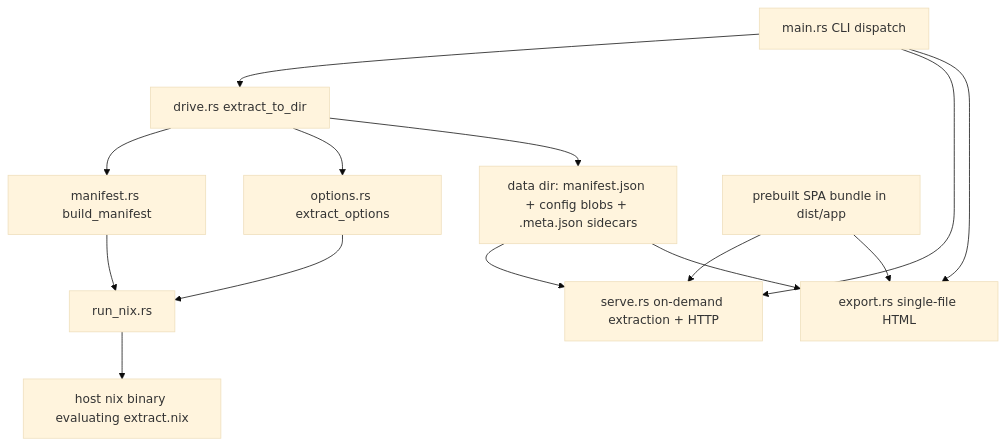
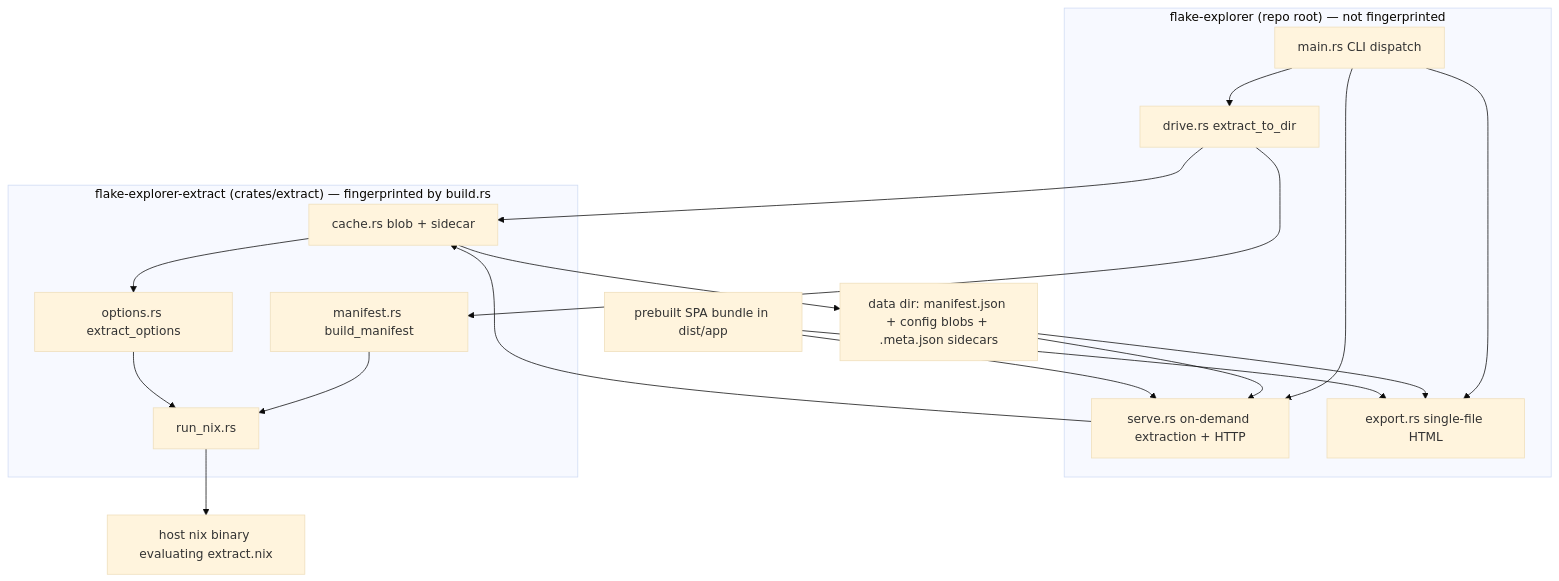
The diagram in docs/architecture.md (kriswill/flake-explorer), drawn with Mermaid (base theme) before and after one commit. The commit also changed other lines of this file and 7 other files, not shown here.

````diff
--- a/docs/architecture.md
+++ b/docs/architecture.md
@@ -25,16 +53,30 @@
 ```mermaid
 flowchart TD
-  cli["main.rs CLI dispatch"] --> drive["drive.rs extract_to_dir"]
-  drive --> manifest["manifest.rs build_manifest"]
-  drive --> options["options.rs extract_options"]
-  manifest --> runnix["run_nix.rs"]
+  subgraph root["flake-explorer (repo root) — not fingerprinted"]
+    cli["main.rs CLI dispatch"]
+    drive["drive.rs extract_to_dir"]
+    serve["serve.rs on-demand extraction + HTTP"]
+    export["export.rs single-file HTML"]
+  end
+  subgraph ext["flake-explorer-extract (crates/extract) — fingerprinted by build.rs"]
+    manifest["manifest.rs build_manifest"]
+    options["options.rs extract_options"]
+    cache["cache.rs blob + sidecar"]
+    runnix["run_nix.rs"]
+  end
+  cli --> drive
+  cli --> serve
+  cli --> export
+  drive --> manifest
+  drive --> cache
+  cache --> options
+  manifest --> runnix
   options --> runnix
   runnix --> nix["host nix binary evaluating extract.nix"]
-  drive --> data["data dir: manifest.json + config blobs + .meta.json sidecars"]
-  cli --> serve["serve.rs on-demand extraction + HTTP"]
-  cli --> export["export.rs single-file HTML"]
+  cache --> data["data dir: manifest.json + config blobs + .meta.json sidecars"]
   data --> serve
   data --> export
+  serve --> cache
   app["prebuilt SPA bundle in dist/app"] --> serve
   app --> export
 ```
````
